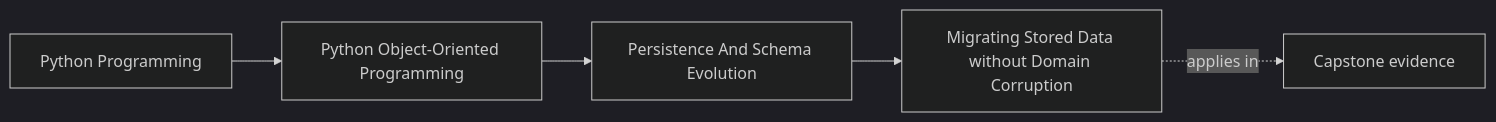
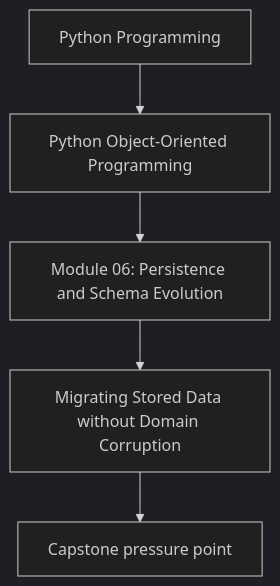
One commit to bijux/bijux-masterclass changed the first of 2 diagrams in programs/python-programming/python-object-oriented-programming/course-book/module-06-persistence-and-schema-evolution/migrating-stored-data-without-domain-corruption.md. Above: the diagram before and after it, drawn with Mermaid (dark theme). The commit also changed other lines of this file and 107 other files, not shown here.

Commit message:
docs(python-object-oriented-programming): align concept page diagrams

````diff
--- a/programs/python-programming/python-object-oriented-programming/course-book/module-06-persistence-and-schema-evolution/migrating-stored-data-without-domain-corruption.md
+++ b/programs/python-programming/python-object-oriented-programming/course-book/module-06-persistence-and-schema-evolution/migrating-stored-data-without-domain-corruption.md
@@ -7,11 +7,7 @@
 ```mermaid
-graph LR
-  family["Python Programming"]
-  program["Python Object-Oriented Programming"]
-  section["Persistence And Schema Evolution"]
-  page["Migrating Stored Data without Domain Corruption"]
-  capstone["Capstone evidence"]
-
-  family --> program --> section --> page
-  page -.applies in.-> capstone
+flowchart TD
+  family["Python Programming"] --> program["Python Object-Oriented Programming"]
+  program --> module["Module 06: Persistence and Schema Evolution"]
+  module --> concept["Migrating Stored Data without Domain Corruption"]
+  concept --> capstone["Capstone pressure point"]
 ```
````
